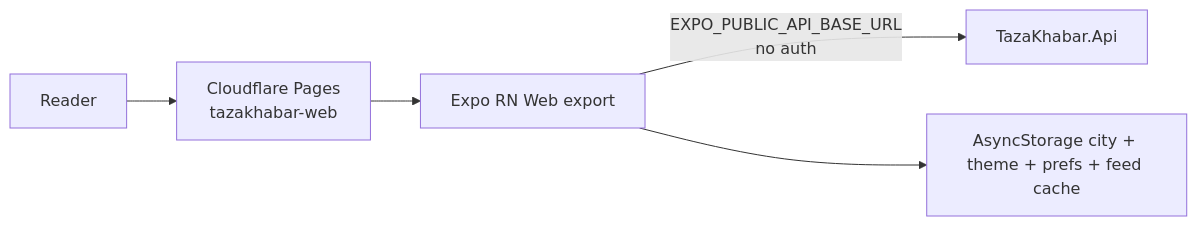
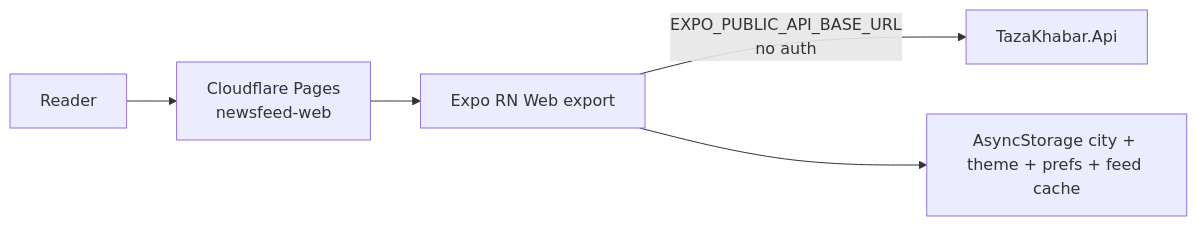
Before and after one commit to sshivanshg/TAZAkhabar: the first of 2 diagrams in docs/architecture/06-reader-app.md, drawn with Mermaid. The commit also changed other lines of this file and 30 other files, not shown here.

````diff
--- a/docs/architecture/06-reader-app.md
+++ b/docs/architecture/06-reader-app.md
@@ -37,7 +37,7 @@
 ```mermaid
 flowchart LR
-  User[Reader] --> Pages[Cloudflare Pages<br/>tazakhabar-web]
+  User[Reader] --> Pages[Cloudflare Pages<br/>newsfeed-web]
   Pages --> Expo[Expo RN Web export]
   Expo -->|EXPO_PUBLIC_API_BASE_URL<br/>no auth| API[TazaKhabar.Api]
   Expo --> Storage[AsyncStorage city + theme + prefs + feed cache]
 ```
````
